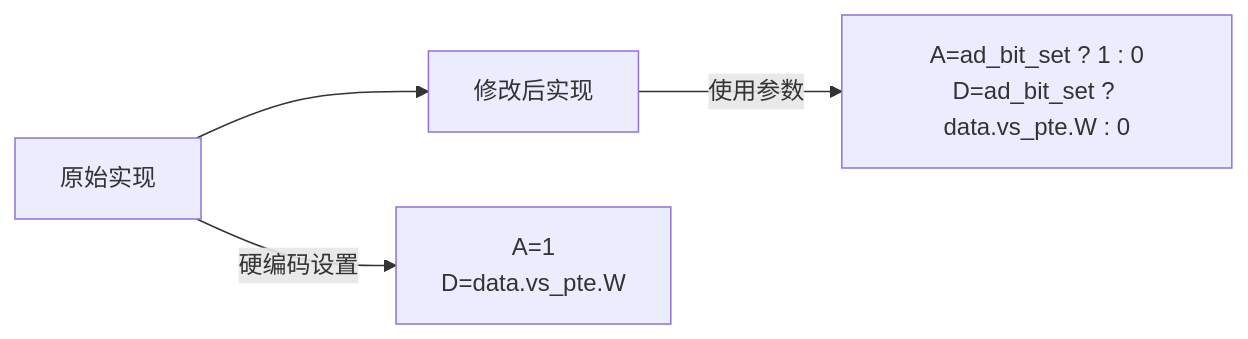
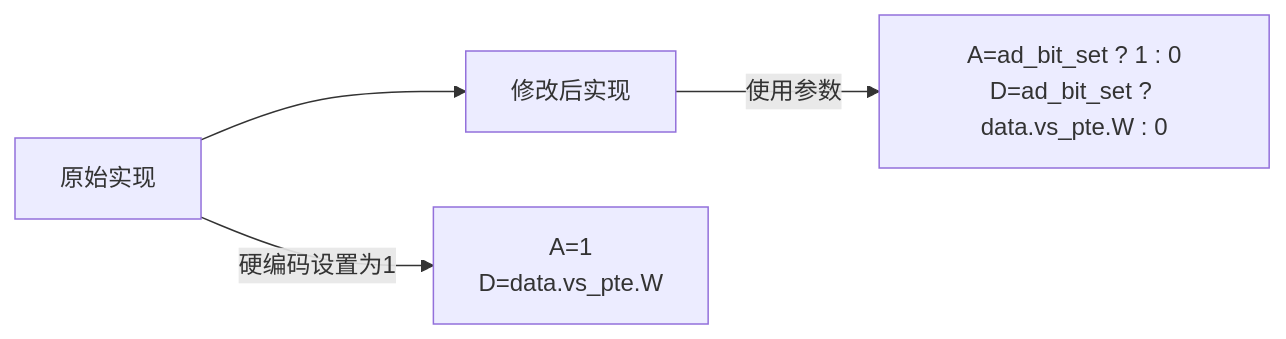
Before and after one commit to jiangjiang1122/iommu_model_20260401_v1: the sixth of 11 diagrams in .qoder/repowiki/zh/content/缓存系统架构/PT Cache A_D位支持.md, drawn with Mermaid. The commit also changed other lines of this file and 22 other files, not shown here.

````diff
--- a/.qoder/repowiki/zh/content/缓存系统架构/PT Cache A_D位支持.md
+++ b/.qoder/repowiki/zh/content/缓存系统架构/PT Cache A_D位支持.md
@@ -290,6 +291,6 @@
 ```mermaid
 flowchart LR
 Old[原始实现] --> New[修改后实现]
-Old --> |"硬编码设置"| A1["A=1<br/>D=data.vs_pte.W"]
+Old --> |"硬编码设置为1"| A1["A=1<br/>D=data.vs_pte.W"]
 New --> |"使用参数"| A2["A=ad_bit_set ? 1 : 0<br/>D=ad_bit_set ? data.vs_pte.W : 0"]
 ```
````
